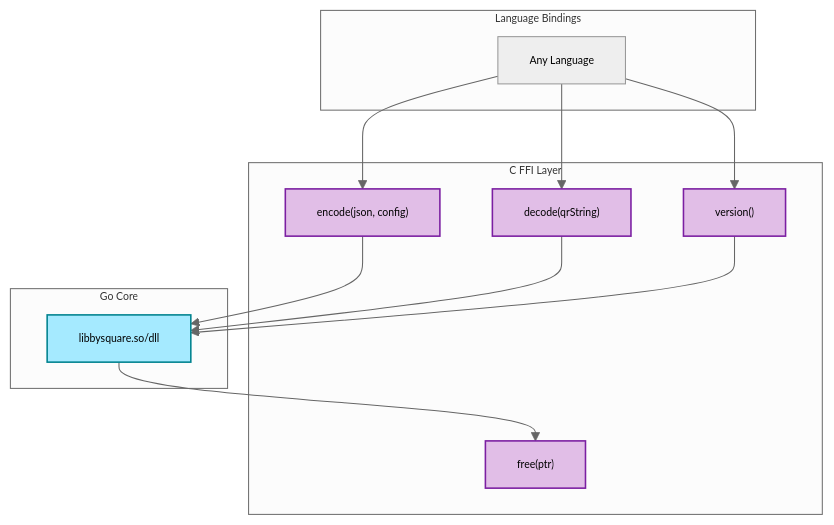
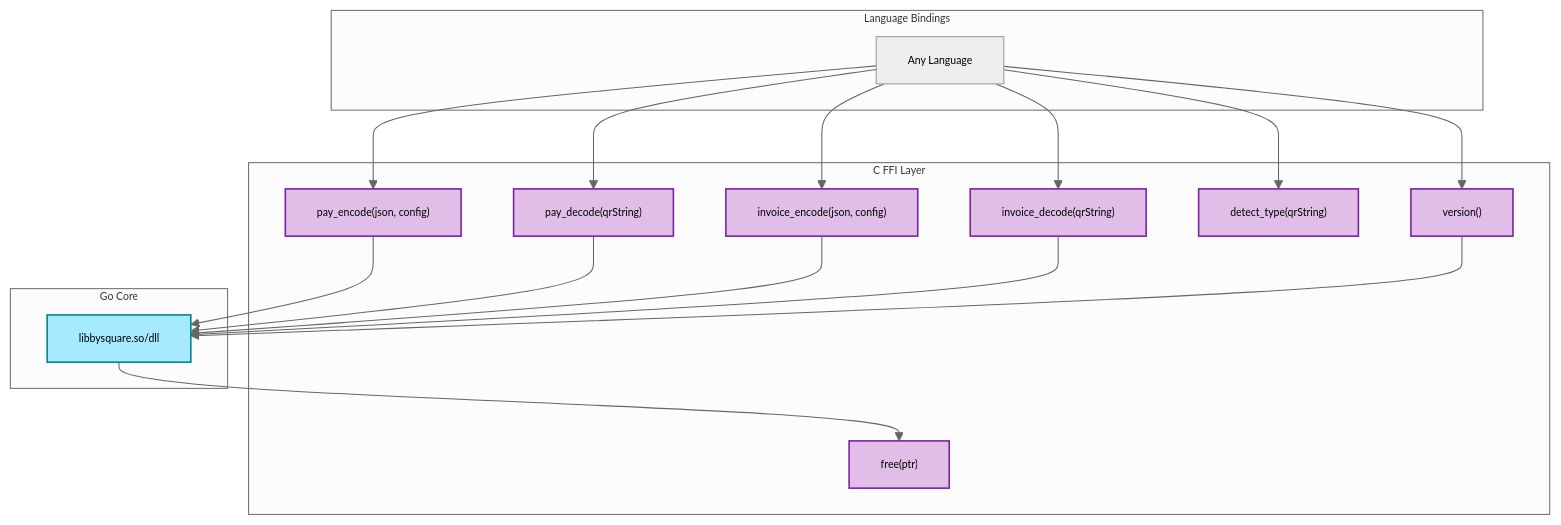
The diagram in examples/ffi/README.md (xseman/bysquare), drawn with Mermaid before and after one commit. The commit also changed other lines of this file and 96 other files, not shown here.

````diff
--- a/examples/ffi/README.md
+++ b/examples/ffi/README.md
@@ -23,35 +23,41 @@
 ```mermaid
 ---
 config:
   theme: neutral
   themeVariables:
     fontFamily: monospace
     fontSize: "10px"
 ---
 
 flowchart TB
     subgraph Bindings["Language Bindings"]
         ANY["Any Language"]
     end
 
     subgraph FFI["C FFI Layer"]
-        ENC["encode(json, config)"]
-        DEC["decode(qrString)"]
+        ENC["pay_encode(json, config)"]
+        DEC["pay_decode(qrString)"]
+        ENCI["invoice_encode(json, config)"]
+        DECI["invoice_decode(qrString)"]
+        DETECT["detect_type(qrString)"]
         FREE["free(ptr)"]
         VER["version()"]
     end
 
     subgraph Core["Go Core"]
         LIB["libbysquare.so/dll"]
     end
 
-    ANY --> ENC & DEC & VER
-    ENC & DEC & VER --> LIB
+    ANY --> ENC & DEC & ENCI & DECI & DETECT & VER
+    ENC & DEC & ENCI & DECI & VER --> LIB
     LIB --> FREE
 
     style ENC fill:#E1BEE7,stroke:#7B1FA2,stroke-width:1.5px
     style DEC fill:#E1BEE7,stroke:#7B1FA2,stroke-width:1.5px
+    style ENCI fill:#E1BEE7,stroke:#7B1FA2,stroke-width:1.5px
+    style DECI fill:#E1BEE7,stroke:#7B1FA2,stroke-width:1.5px
+    style DETECT fill:#E1BEE7,stroke:#7B1FA2,stroke-width:1.5px
     style FREE fill:#E1BEE7,stroke:#7B1FA2,stroke-width:1.5px
     style VER fill:#E1BEE7,stroke:#7B1FA2,stroke-width:1.5px
     style LIB fill:#A5EAFF,stroke:#00838F,stroke-width:1.5px
 ```
````
